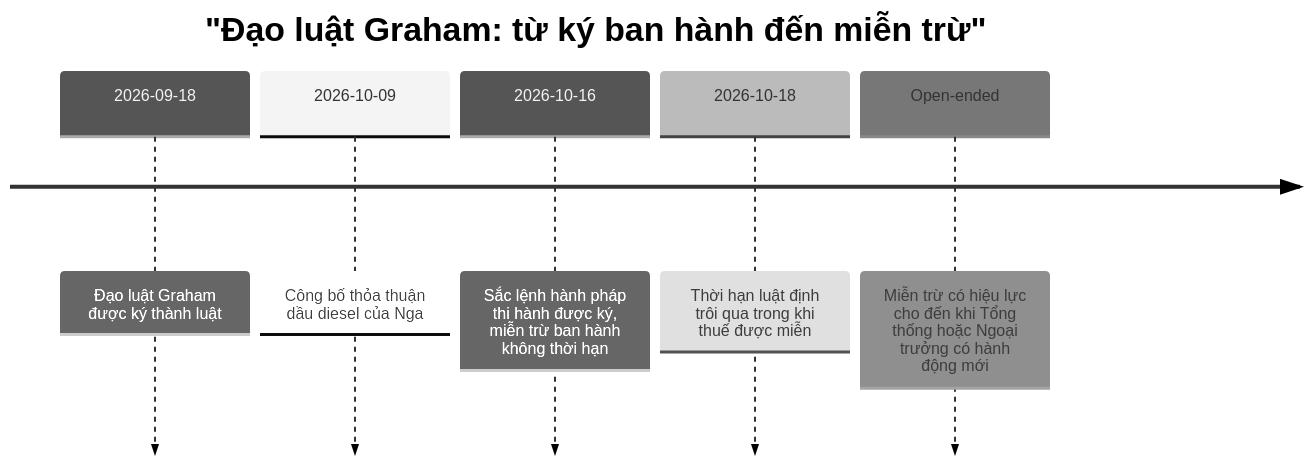
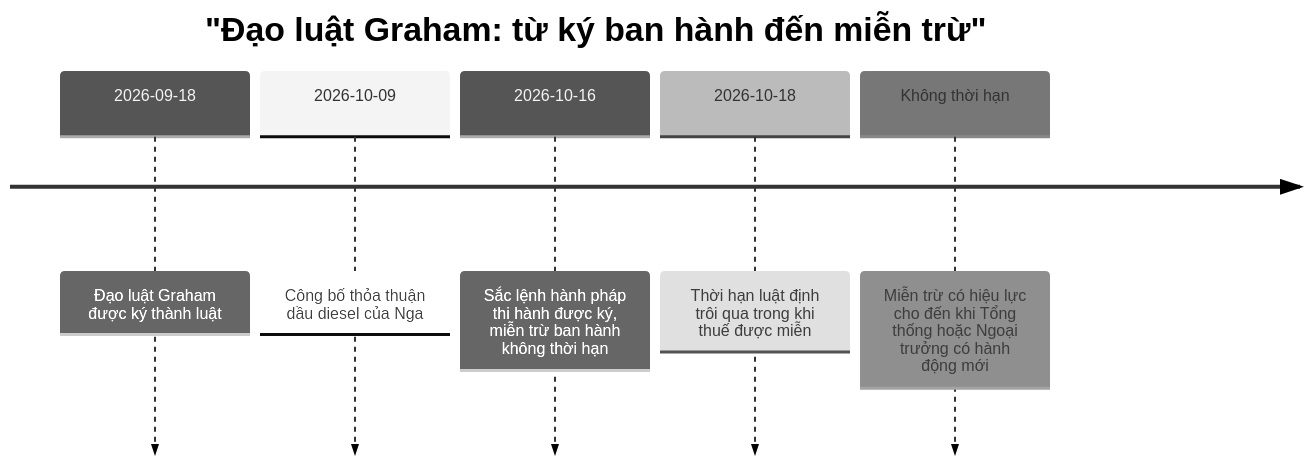
One commit to dureach/research changed diagram 17 of 19 in Global-Trade-Intelligence-weekly-2026-10-19/index.vi.md. Above: the diagram before and after it, drawn with Mermaid (neutral theme). The commit also changed other lines of this file and 5 other files, not shown here.

````diff
--- a/Global-Trade-Intelligence-weekly-2026-10-19/index.vi.md
+++ b/Global-Trade-Intelligence-weekly-2026-10-19/index.vi.md
@@ -574,9 +572,9 @@
 ```mermaid
 timeline
     title "Đạo luật Graham: từ ký ban hành đến miễn trừ"
     2026-09-18 : Đạo luật Graham được ký thành luật
     2026-10-09 : Công bố thỏa thuận dầu diesel của Nga
     2026-10-16 : Sắc lệnh hành pháp thi hành được ký, miễn trừ ban hành không thời hạn
     2026-10-18 : Thời hạn luật định trôi qua trong khi thuế được miễn
-    Open-ended : Miễn trừ có hiệu lực cho đến khi Tổng thống hoặc Ngoại trưởng có hành động mới
+    Không thời hạn : Miễn trừ có hiệu lực cho đến khi Tổng thống hoặc Ngoại trưởng có hành động mới
 ```
````
